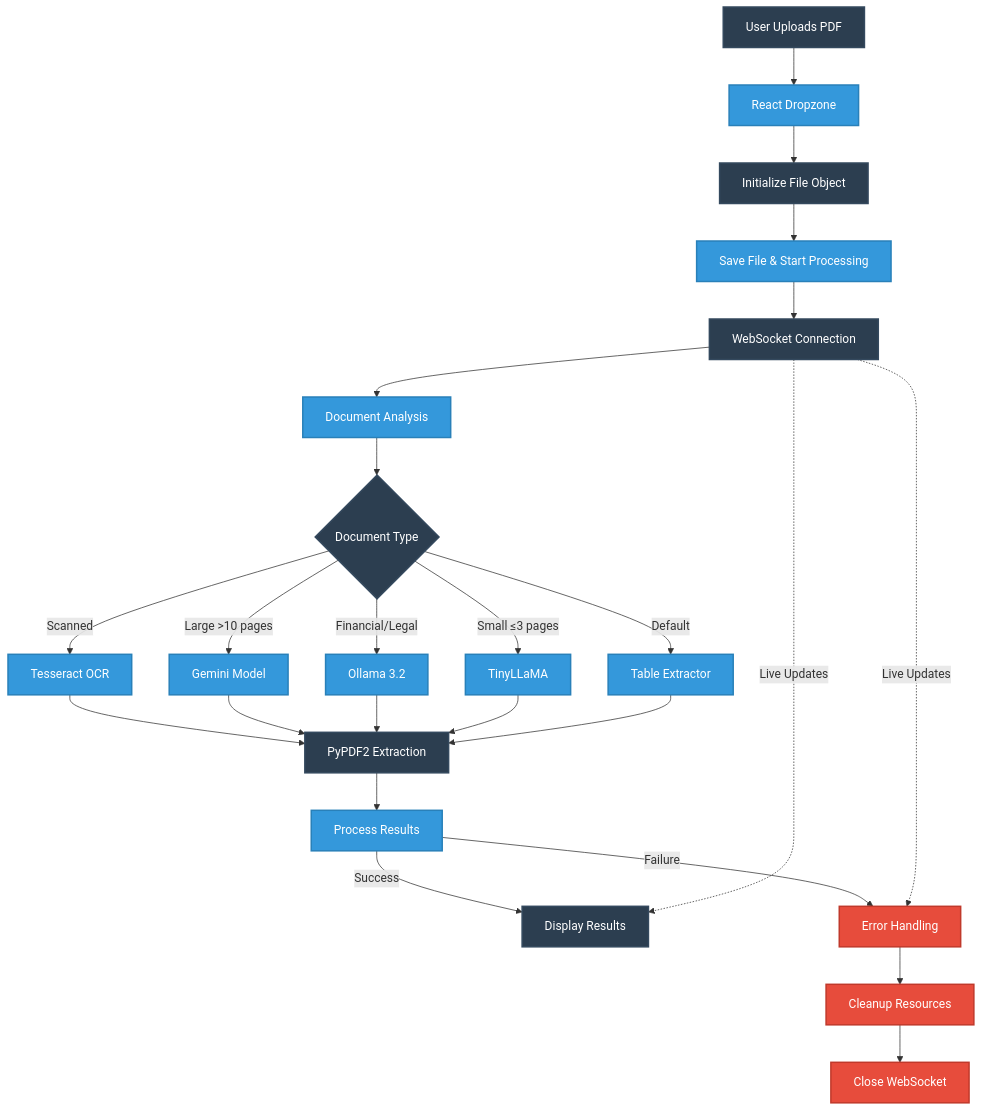
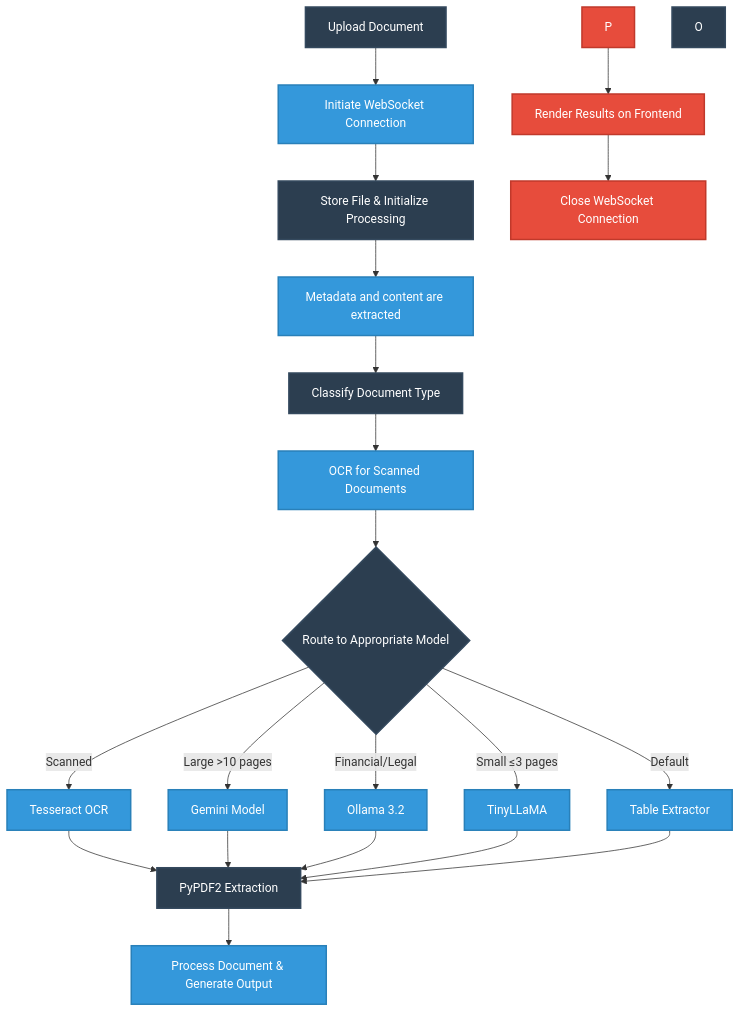
One commit to pharshithaa/document-processing-system changed the diagram in README.md. Above: the diagram before and after it, drawn with Mermaid.

````diff
--- a/README.md
+++ b/README.md
@@ -9,61 +9,55 @@
 ```mermaid
 graph TD
     %% Frontend Flow
-    A[User Uploads PDF] --> B[React Dropzone]
-    B --> C[Initialize File Object]
+    A[Upload Document] --> B[Initiate WebSocket Connection]
+    B --> C[Store File & Initialize Processing]
     
     %% Backend Processing
-    C --> D[Save File & Start Processing]
-    D --> E[WebSocket Connection]
+    C --> D[Metadata and content are extracted]
+    D --> E[Classify Document Type]
     
     %% Document Analysis
-    E --> F[Document Analysis]
-    F --> G{Document Type}
+    E --> F[OCR for Scanned Documents]
+    F --> G{Route to Appropriate Model}
     
     %% Processing Paths
     G -->|Scanned| H[Tesseract OCR]
     G -->|Large >10 pages| I[Gemini Model]
     G -->|Financial/Legal| J[Ollama 3.2]
     G -->|Small ≤3 pages| K[TinyLLaMA]
     G -->|Default| L[Table Extractor]
     
     %% Content Processing
     H --> M[PyPDF2 Extraction]
     I --> M
     J --> M
     K --> M
     L --> M
     
     %% Results & Status
-    M --> N[Process Results]
-    N -->|Success| O[Display Results]
-    N -->|Failure| P[Error Handling]
-    
-    %% Status Updates
-    E -.->|Live Updates| O
-    E -.->|Live Updates| P
+    M --> N[Process Document & Generate Output]
     
     %% Cleanup
-    P --> Q[Cleanup Resources]
-    Q --> R[Close WebSocket]
+    P --> Q[Render Results on Frontend]
+    Q --> R[Close WebSocket Connection]
     
     %% Styling - Professional Blue Theme
     style A fill:#2c3e50,stroke:#34495e,stroke-width:2px,color:#fff
     style B fill:#3498db,stroke:#2980b9,stroke-width:2px,color:#fff
     style C fill:#2c3e50,stroke:#34495e,stroke-width:2px,color:#fff
     style D fill:#3498db,stroke:#2980b9,stroke-width:2px,color:#fff
     style E fill:#2c3e50,stroke:#34495e,stroke-width:2px,color:#fff
     style F fill:#3498db,stroke:#2980b9,stroke-width:2px,color:#fff
     style G fill:#2c3e50,stroke:#34495e,stroke-width:2px,color:#fff
     style H fill:#3498db,stroke:#2980b9,stroke-width:2px,color:#fff
     style I fill:#3498db,stroke:#2980b9,stroke-width:2px,color:#fff
     style J fill:#3498db,stroke:#2980b9,stroke-width:2px,color:#fff
     style K fill:#3498db,stroke:#2980b9,stroke-width:2px,color:#fff
     style L fill:#3498db,stroke:#2980b9,stroke-width:2px,color:#fff
     style M fill:#2c3e50,stroke:#34495e,stroke-width:2px,color:#fff
     style N fill:#3498db,stroke:#2980b9,stroke-width:2px,color:#fff
     style O fill:#2c3e50,stroke:#34495e,stroke-width:2px,color:#fff
     style P fill:#e74c3c,stroke:#c0392b,stroke-width:2px,color:#fff
     style Q fill:#e74c3c,stroke:#c0392b,stroke-width:2px,color:#fff
     style R fill:#e74c3c,stroke:#c0392b,stroke-width:2px,color:#fff
 ```
````
